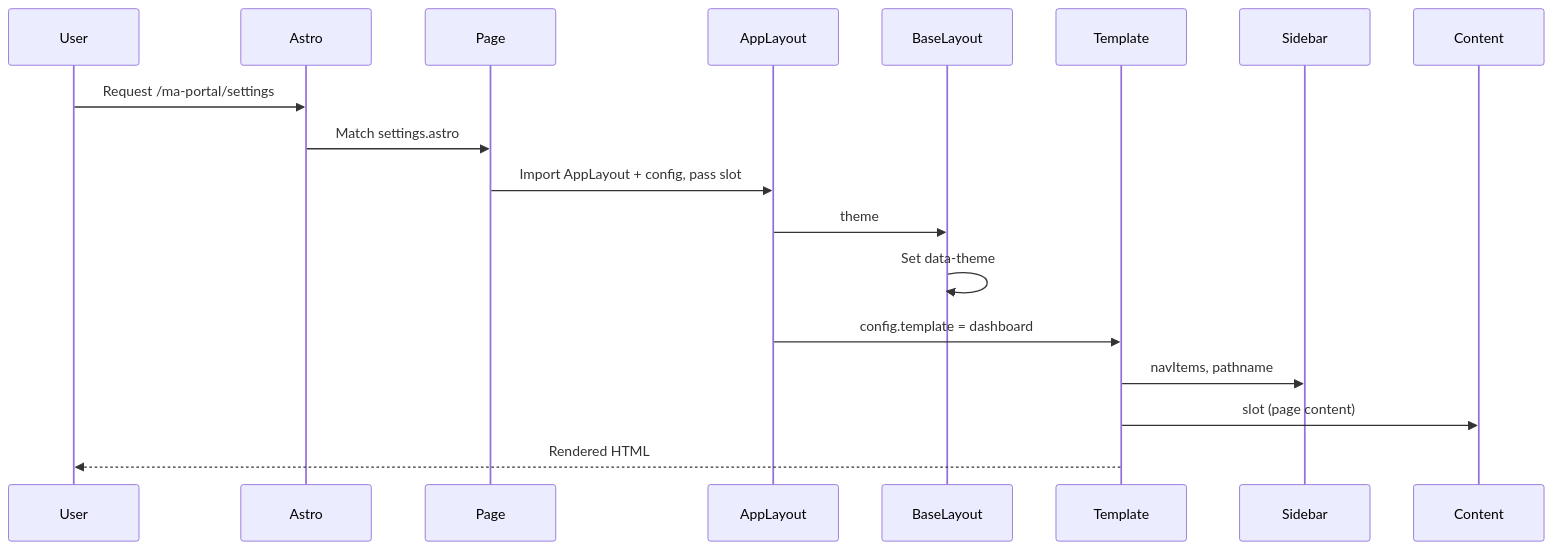
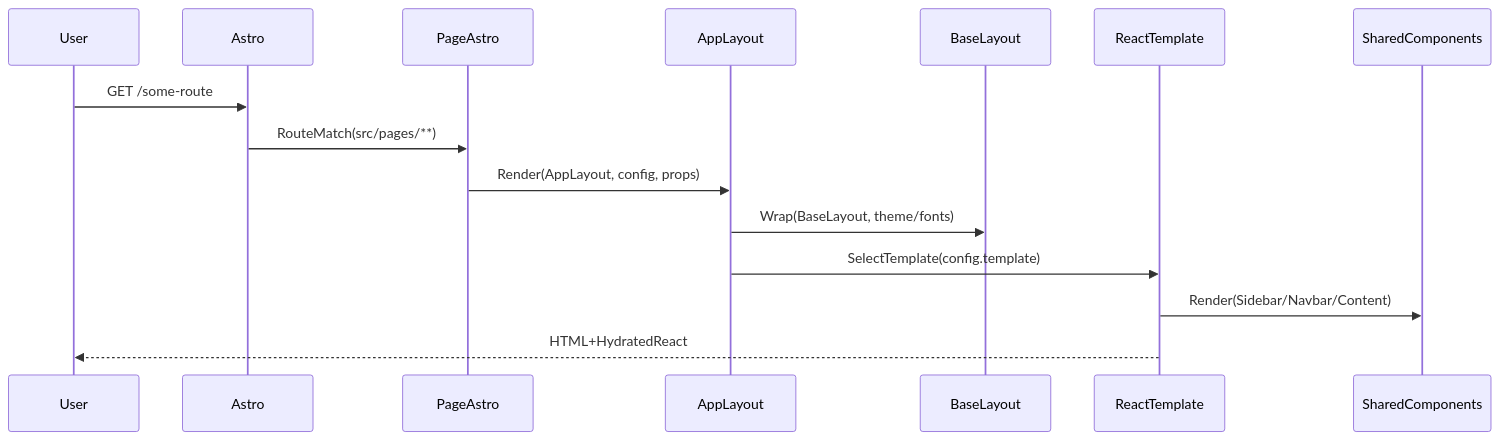
Before and after one commit to AveryLebene/monorepo-v4.2: the second of 2 diagrams in docs/architecture/index.md, drawn with Mermaid. The commit also changed other lines of this file and 20 other files, not shown here.

````diff
--- a/docs/architecture/index.md
+++ b/docs/architecture/index.md
@@ -118,21 +108,17 @@
-```mermaid
+:::mermaid
 sequenceDiagram
-    participant User
-    participant Astro
-    participant Page
-    participant AppLayout
-    participant BaseLayout
-    participant Template
-    participant Sidebar
-    participant Content
-
-    User->>Astro: Request /ma-portal/settings
-    Astro->>Page: Match settings.astro
-    Page->>AppLayout: Import AppLayout + config, pass slot
-    AppLayout->>BaseLayout: theme
-    BaseLayout->>BaseLayout: Set data-theme
-    AppLayout->>Template: config.template = dashboard
-    Template->>Sidebar: navItems, pathname
-    Template->>Content: slot (page content)
-    Template-->>User: Rendered HTML
-```
+  participant User as User
+  participant Astro as Astro
+  participant Page as PageAstro
+  participant App as AppLayout
+  participant Base as BaseLayout
+  participant Tpl as ReactTemplate
+  participant Cmp as SharedComponents
+  User->>Astro: GET /some-route
+  Astro->>Page: RouteMatch(src/pages/**)
+  Page->>App: Render(AppLayout, config, props)
+  App->>Base: Wrap(BaseLayout, theme/fonts)
+  App->>Tpl: SelectTemplate(config.template)
+  Tpl->>Cmp: Render(Sidebar/Navbar/Content)
+  Tpl-->>User: HTML+HydratedReact
+:::
````
